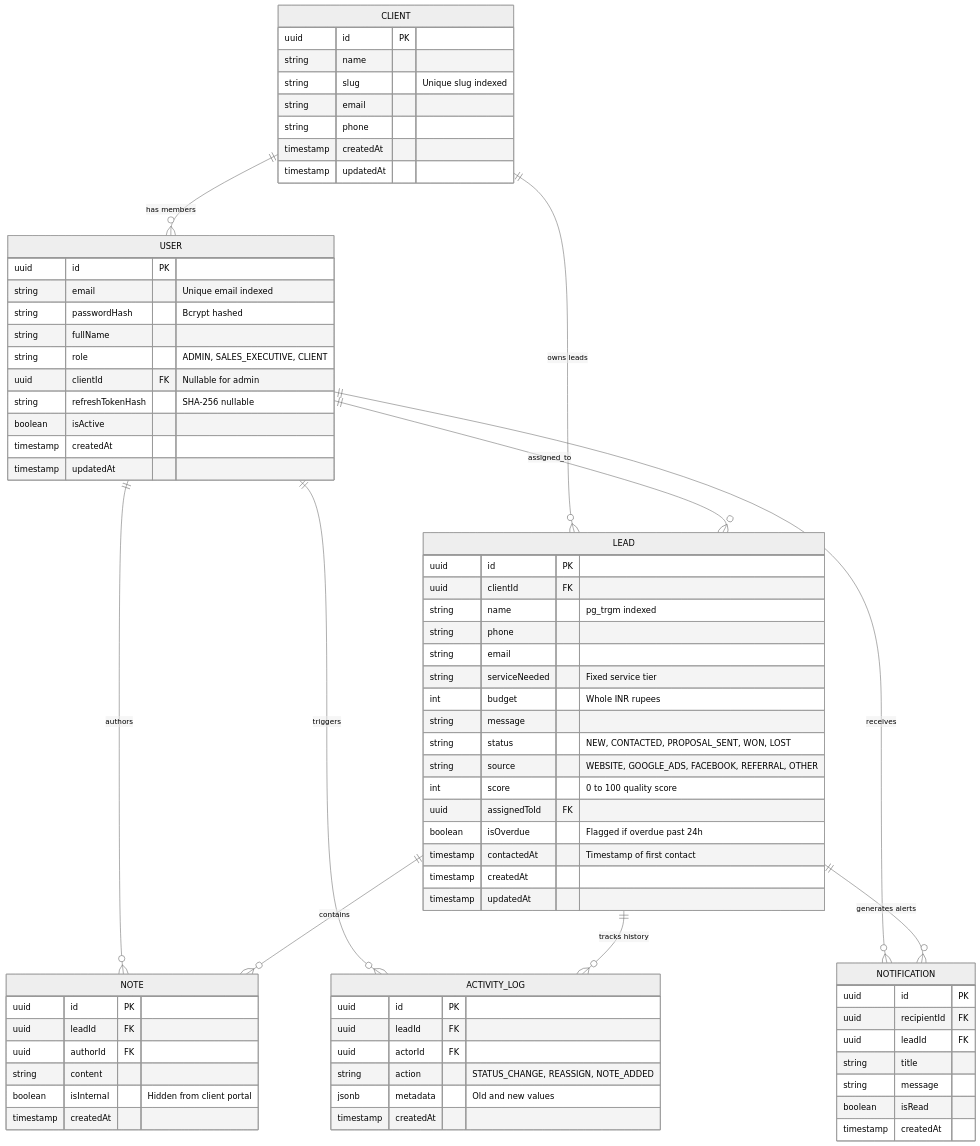
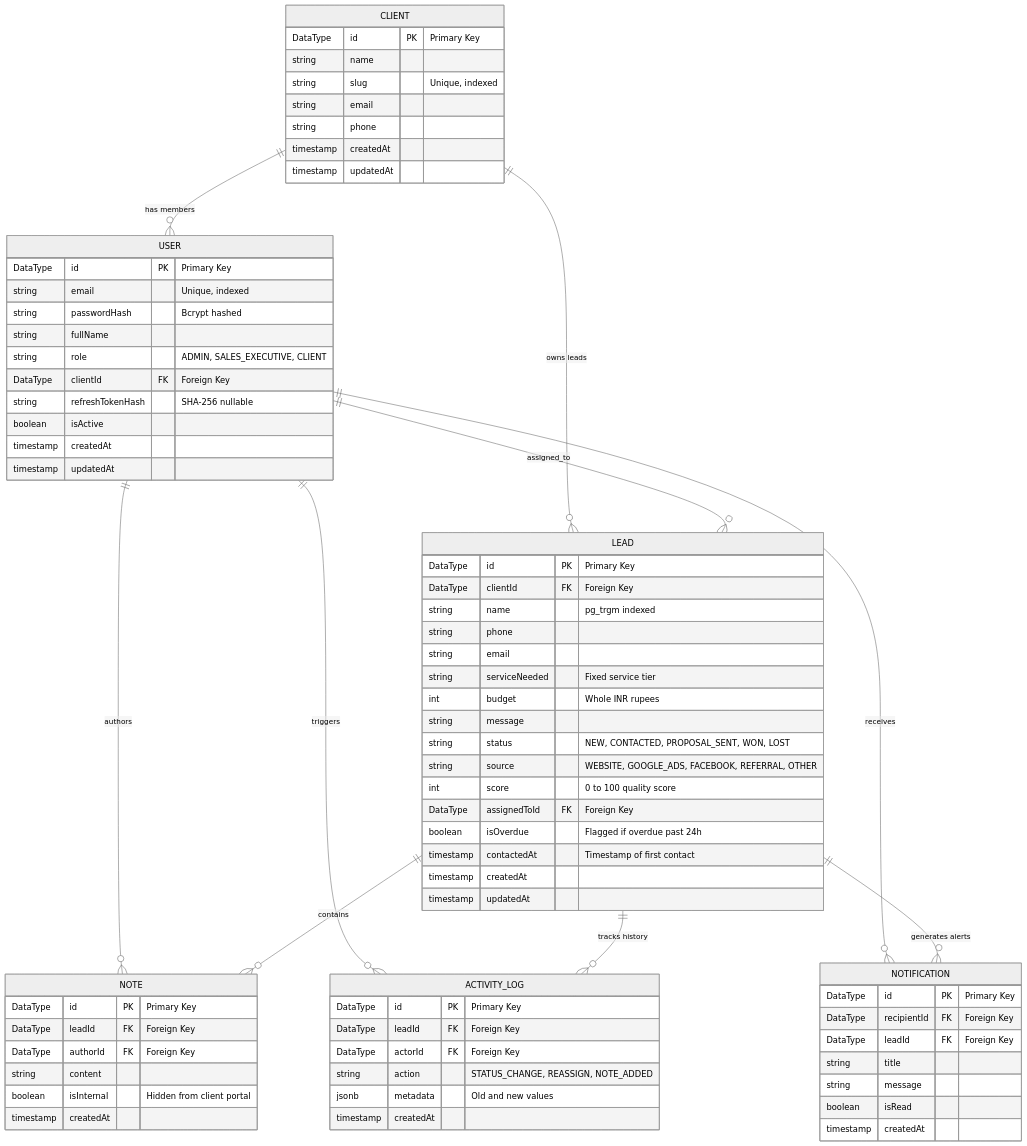
The diagram in README.md (Maha-Belgouthi/leaddesk-mini-crm), drawn with Mermaid (neutral theme) before and after one commit. The commit also changed other lines of this file, not shown here.

Commit message:
Refine data types and indexing in README
Updated data types and indexing descriptions for various entities in the schema.

````diff
--- a/README.md
+++ b/README.md
@@ -34,82 +34,82 @@
 ```mermaid
 erDiagram
     CLIENT ||--o{ USER : "has members"
     CLIENT ||--o{ LEAD : "owns leads"
     USER ||--o{ LEAD : "assigned_to"
     USER ||--o{ NOTE : "authors"
     USER ||--o{ ACTIVITY_LOG : "triggers"
     USER ||--o{ NOTIFICATION : "receives"
     LEAD ||--o{ NOTE : "contains"
     LEAD ||--o{ ACTIVITY_LOG : "tracks history"
     LEAD ||--o{ NOTIFICATION : "generates alerts"
 
     CLIENT {
-        uuid id PK
+        DataType id PK "Primary Key"
         string name
-        string slug "Unique slug indexed"
+        string slug "Unique, indexed"
         string email
         string phone
         timestamp createdAt
         timestamp updatedAt
     }
 
     USER {
-        uuid id PK
-        string email "Unique email indexed"
+        DataType id PK "Primary Key"
+        string email "Unique, indexed"
         string passwordHash "Bcrypt hashed"
         string fullName
         string role "ADMIN, SALES_EXECUTIVE, CLIENT"
-        uuid clientId FK "Nullable for admin"
+        DataType clientId FK "Foreign Key"
         string refreshTokenHash "SHA-256 nullable"
         boolean isActive
         timestamp createdAt
         timestamp updatedAt
     }
 
     LEAD {
-        uuid id PK
-        uuid clientId FK
+        DataType id PK "Primary Key"
+        DataType clientId FK "Foreign Key"
         string name "pg_trgm indexed"
         string phone
         string email
         string serviceNeeded "Fixed service tier"
         int budget "Whole INR rupees"
         string message
         string status "NEW, CONTACTED, PROPOSAL_SENT, WON, LOST"
         string source "WEBSITE, GOOGLE_ADS, FACEBOOK, REFERRAL, OTHER"
         int score "0 to 100 quality score"
-        uuid assignedToId FK
+        DataType assignedToId FK "Foreign Key"
         boolean isOverdue "Flagged if overdue past 24h"
         timestamp contactedAt "Timestamp of first contact"
         timestamp createdAt
         timestamp updatedAt
     }
 
     NOTE {
-        uuid id PK
-        uuid leadId FK
-        uuid authorId FK
+        DataType id PK "Primary Key"
+        DataType leadId FK "Foreign Key"
+        DataType authorId FK "Foreign Key"
         string content
         boolean isInternal "Hidden from client portal"
         timestamp createdAt
     }
 
     ACTIVITY_LOG {
-        uuid id PK
-        uuid leadId FK
-        uuid actorId FK
+        DataType id PK "Primary Key"
+        DataType leadId FK "Foreign Key"
+        DataType actorId FK "Foreign Key"
         string action "STATUS_CHANGE, REASSIGN, NOTE_ADDED"
         jsonb metadata "Old and new values"
         timestamp createdAt
     }
 
     NOTIFICATION {
-        uuid id PK
-        uuid recipientId FK
-        uuid leadId FK
+        DataType id PK "Primary Key"
+        DataType recipientId FK "Foreign Key"
+        DataType leadId FK "Foreign Key"
         string title
         string message
         boolean isRead
         timestamp createdAt
     }
 ```
````
